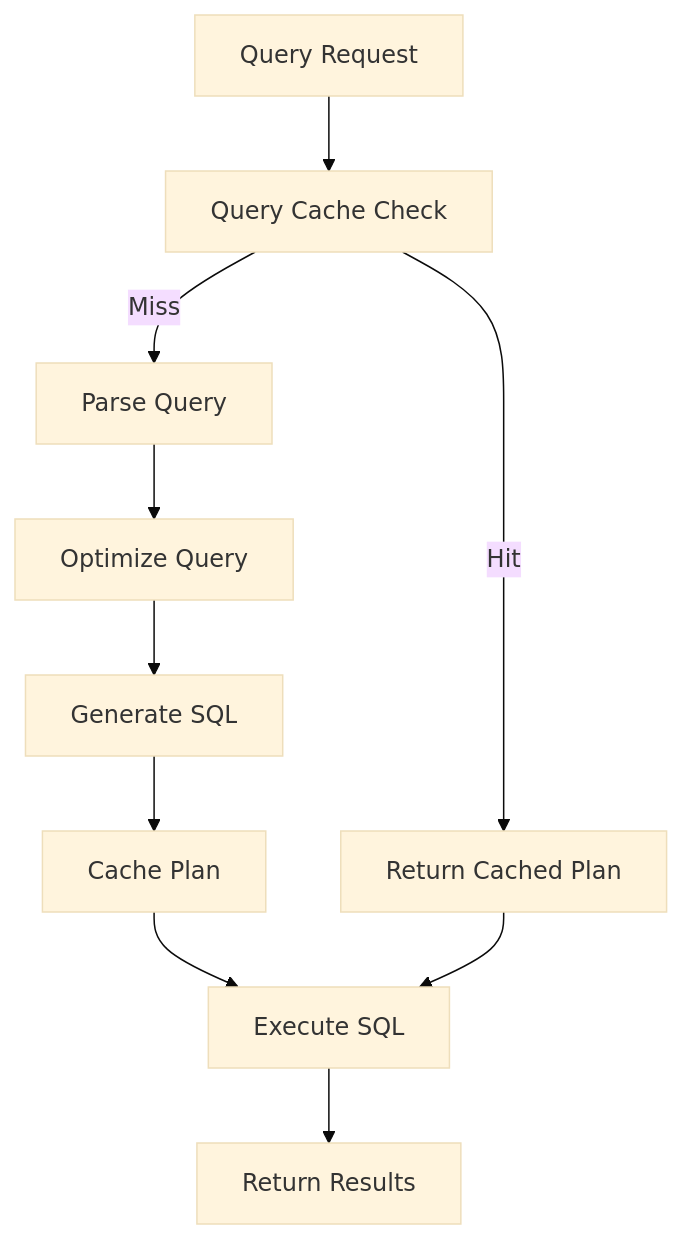
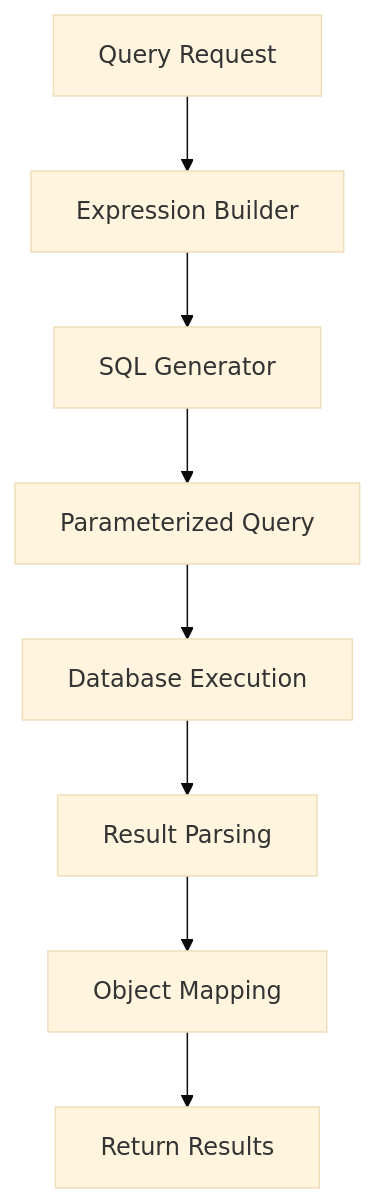
Before and after one commit to azutoolkit/cql: the seventh of 7 diagrams in docs/guides/architecture-overview.md, drawn with Mermaid (base theme). The commit also changed other lines of this file and 13 other files, not shown here.

First line of the commit message:
Update Mermaid diagrams in documentation to remove dark mode attribute

````diff
--- a/docs/guides/architecture-overview.md
+++ b/docs/guides/architecture-overview.md
@@ -319,12 +355,10 @@
-```mermaid fullWidth="true"  darkMode="true
+```mermaid fullWidth="true"
 graph TD
-    A[Query Request] --> B[Query Cache Check]
-    B -->|Hit| C[Return Cached Plan]
-    B -->|Miss| D[Parse Query]
-    D --> E[Optimize Query]
-    E --> F[Generate SQL]
-    F --> G[Cache Plan]
-    G --> H[Execute SQL]
-    C --> H
-    H --> I[Return Results]
+    A[Query Request] --> B[Expression Builder]
+    B --> C[SQL Generator]
+    C --> D[Parameterized Query]
+    D --> E[Database Execution]
+    E --> F[Result Parsing]
+    F --> G[Object Mapping]
+    G --> H[Return Results]
 ```
````
